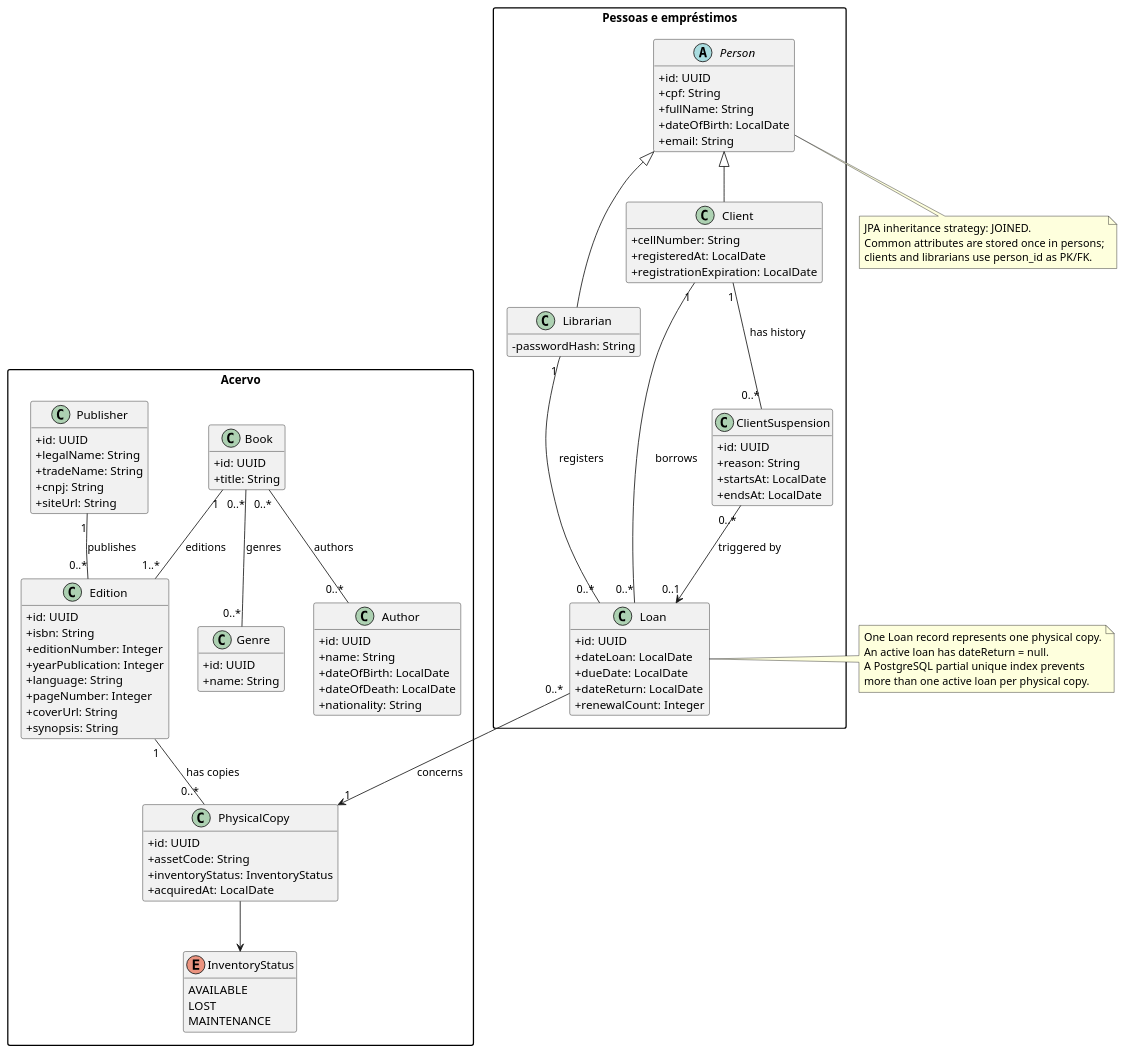
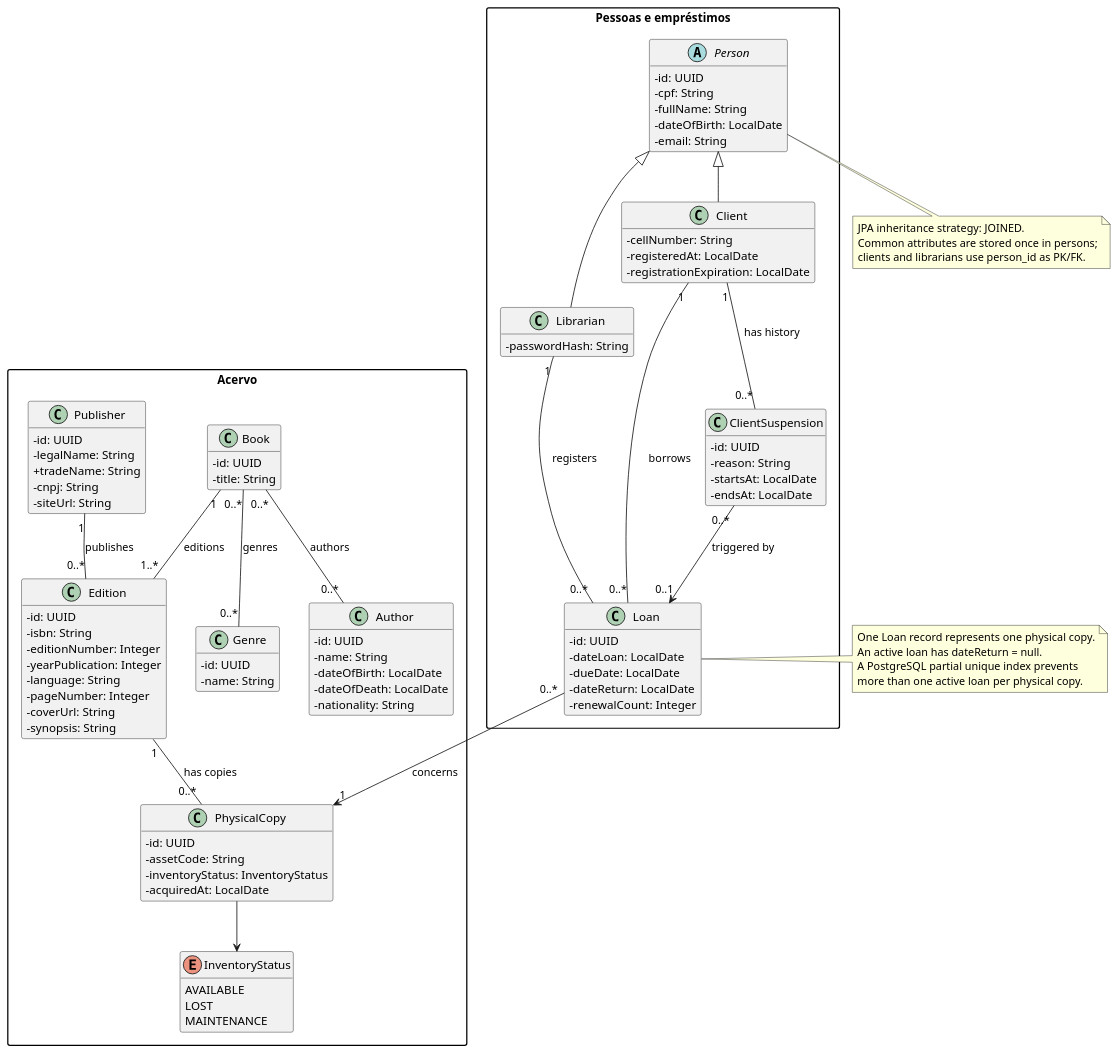
One commit to JoseCarlos67/BibliOneTeca-App changed the diagram in docs/domain.puml. Above: the diagram before and after it, drawn with PlantUML. The commit also changed 9 other files, not shown here.

```diff
--- a/docs/domain.puml
+++ b/docs/domain.puml
@@ -1,109 +1,108 @@
-@startuml BibliOneTecaDomain
+@startuml
 hide empty methods
 skinparam classAttributeIconSize 0
 skinparam packageStyle rectangle
 
 package "Acervo" {
   class Book {
-    +id: UUID
-    +title: String
+    -id: UUID
+    -title: String
   }
   class Author {
-    +id: UUID
-    +name: String
-    +dateOfBirth: LocalDate
-    +dateOfDeath: LocalDate
-    +nationality: String
+    -id: UUID
+    -name: String
+    -dateOfBirth: LocalDate
+    -dateOfDeath: LocalDate
+    -nationality: String
   }
   class Genre {
-    +id: UUID
-    +name: String
+    -id: UUID
+    -name: String
   }
   class Publisher {
-    +id: UUID
-    +legalName: String
+    -id: UUID
+    -legalName: String
     +tradeName: String
-    +cnpj: String
-    +siteUrl: String
+    -cnpj: String
+    -siteUrl: String
   }
   class Edition {
-    +id: UUID
-    +isbn: String
-    +editionNumber: Integer
-    +yearPublication: Integer
-    +language: String
-    +pageNumber: Integer
-    +coverUrl: String
-    +synopsis: String
+    -id: UUID
+    -isbn: String
+    -editionNumber: Integer
+    -yearPublication: Integer
+    -language: String
+    -pageNumber: Integer
+    -coverUrl: String
+    -synopsis: String
   }
   class PhysicalCopy {
-    +id: UUID
-    +assetCode: String
-    +inventoryStatus: InventoryStatus
-    +acquiredAt: LocalDate
+    -id: UUID
+    -assetCode: String
+    -inventoryStatus: InventoryStatus
+    -acquiredAt: LocalDate
   }
   enum InventoryStatus {
     AVAILABLE
     LOST
     MAINTENANCE
   }
   Book "0..*" -- "0..*" Author : authors
   Book "0..*" -- "0..*" Genre : genres
   Book "1" -- "1..*" Edition : editions
   Publisher "1" -- "0..*" Edition : publishes
   Edition "1" -- "0..*" PhysicalCopy : has copies
   PhysicalCopy --> InventoryStatus
 }
 
 package "Pessoas e empréstimos" {
   abstract class Person {
-    +id: UUID
-    +cpf: String
-    +fullName: String
-    +dateOfBirth: LocalDate
-    +email: String
+    -id: UUID
+    -cpf: String
+    -fullName: String
+    -dateOfBirth: LocalDate
+    -email: String
   }
   class Librarian {
     -passwordHash: String
   }
   class Client {
-    +cellNumber: String
-    +registeredAt: LocalDate
-    +registrationExpiration: LocalDate
+    -cellNumber: String
+    -registeredAt: LocalDate
+    -registrationExpiration: LocalDate
   }
   class Loan {
-    +id: UUID
-    +dateLoan: LocalDate
-    +dueDate: LocalDate
-    +dateReturn: LocalDate
-    +renewalCount: Integer
+    -id: UUID
+    -dateLoan: LocalDate
+    -dueDate: LocalDate
+    -dateReturn: LocalDate
+    -renewalCount: Integer
   }
   class ClientSuspension {
-    +id: UUID
-    +reason: String
-    +startsAt: LocalDate
-    +endsAt: LocalDate
+    -id: UUID
+    -reason: String
+    -startsAt: LocalDate
+    -endsAt: LocalDate
   }
   Person <|-- Librarian
   Person <|-- Client
   Client "1" -- "0..*" Loan : borrows
   Librarian "1" -- "0..*" Loan : registers
   Loan "0..*" --> "1" PhysicalCopy : concerns
   Client "1" -- "0..*" ClientSuspension : has history
   ClientSuspension "0..*" --> "0..1" Loan : triggered by
 }
 
 note right of Loan
   One Loan record represents one physical copy.
   An active loan has dateReturn = null.
   A PostgreSQL partial unique index prevents
   more than one active loan per physical copy.
 end note
 
 note bottom of Person
   JPA inheritance strategy: JOINED.
   Common attributes are stored once in persons;
   clients and librarians use person_id as PK/FK.
 end note
-
 @enduml
```
